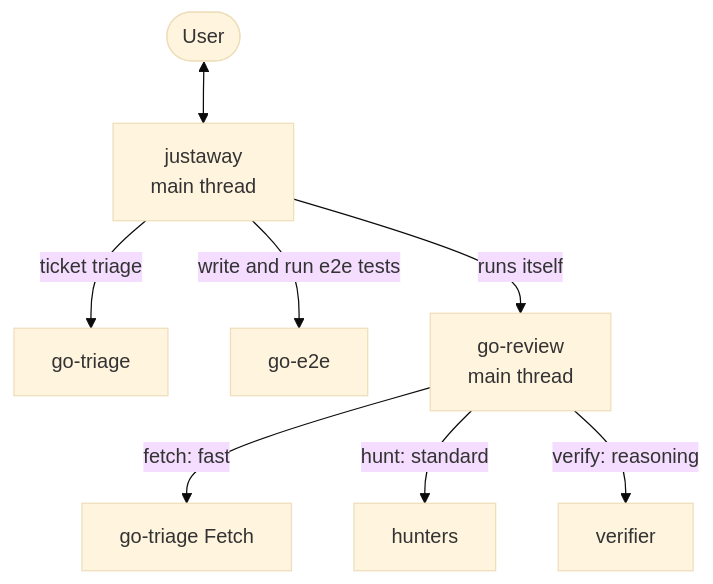
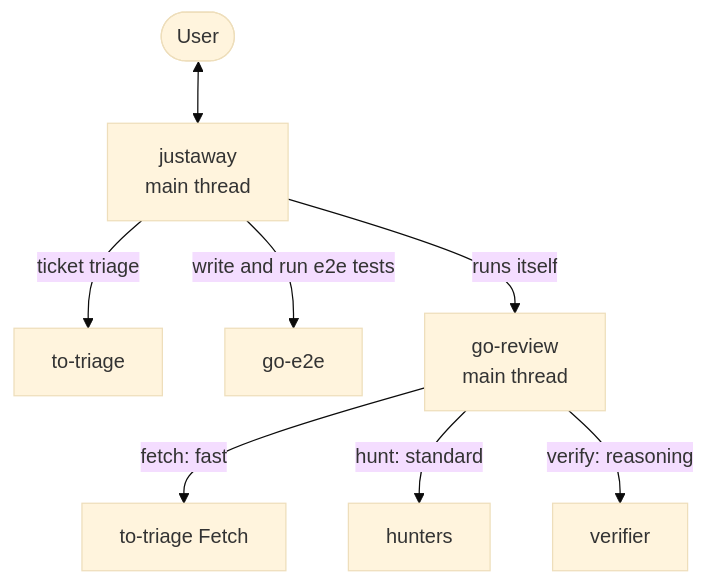
Before and after one commit to le0u0/just-do-it: the first of 3 diagrams in docs/architecture/ARCHITECTURE.md, drawn with Mermaid (base theme). The commit also changed 22 other files, not shown here.

````diff
--- a/docs/architecture/ARCHITECTURE.md
+++ b/docs/architecture/ARCHITECTURE.md
@@ -13,10 +13,10 @@
 ```mermaid
 flowchart TD
     U([User]) <--> M[justaway<br/>main thread]
-    M -->|ticket triage| H[go-triage]
+    M -->|ticket triage| H[to-triage]
     M -->|write and run e2e tests| E[go-e2e]
     M -->|runs itself| R[go-review<br/>main thread]
-    R -->|fetch: fast| H2[go-triage Fetch]
+    R -->|fetch: fast| H2[to-triage Fetch]
     R -->|hunt: standard| HU[hunters]
     R -->|verify: reasoning| V[verifier]
 ```
````
